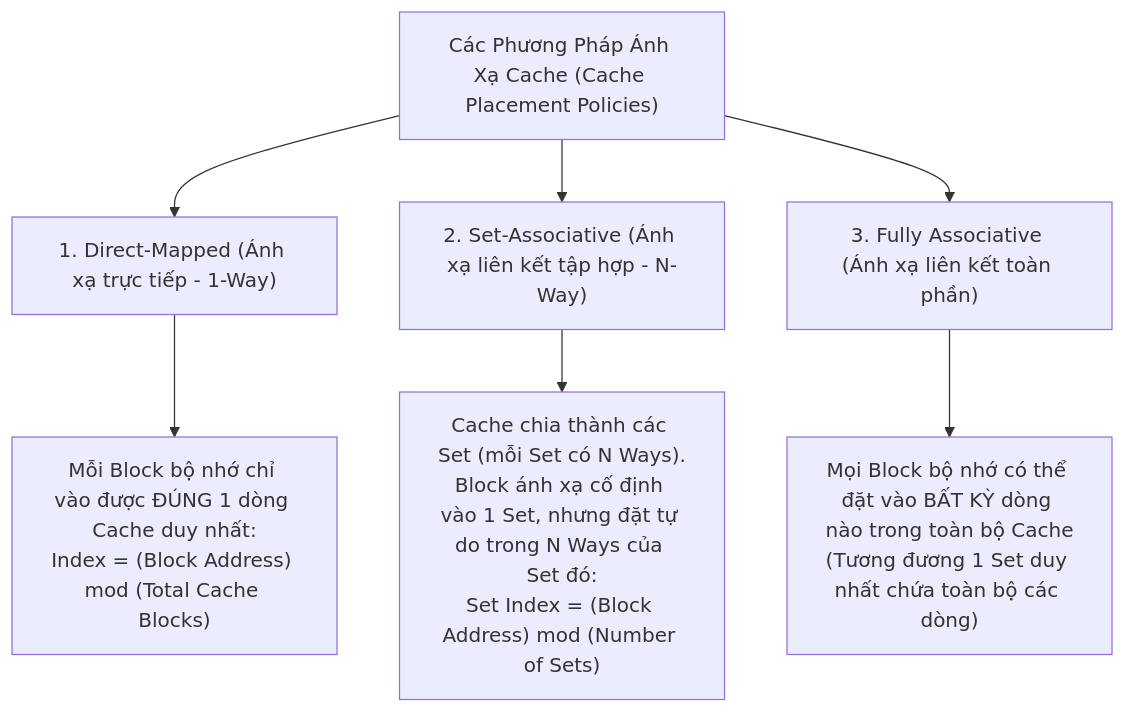
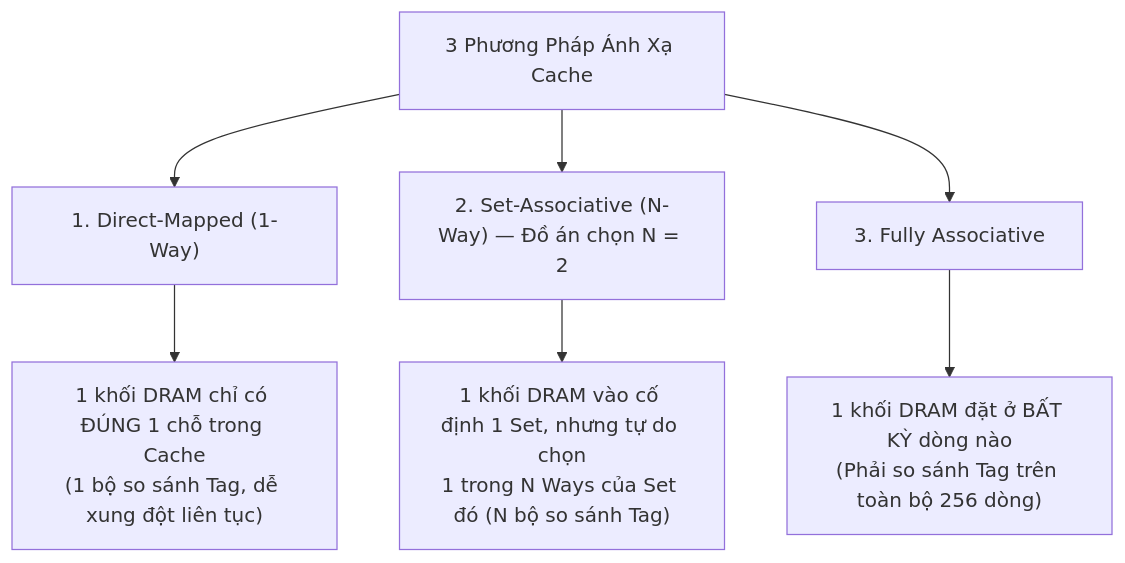
One commit to lamquydo/project_KTMT changed the diagram in docs/01_Co_So_Ly_Thuyet_Bo_Nho_Dem_Cache.md. Above: the diagram before and after it, drawn with Mermaid. The commit also changed other lines of this file and 13 other files, not shown here.

````diff
--- a/docs/01_Co_So_Ly_Thuyet_Bo_Nho_Dem_Cache.md
+++ b/docs/01_Co_So_Ly_Thuyet_Bo_Nho_Dem_Cache.md
@@ -45,9 +59,9 @@
 ```mermaid
 flowchart TD
-    A["Các Phương Pháp Ánh Xạ Cache (Cache Placement Policies)"] --> B["1. Direct-Mapped (Ánh xạ trực tiếp - 1-Way)"]
-    A --> C["2. Set-Associative (Ánh xạ liên kết tập hợp - N-Way)"]
-    A --> D["3. Fully Associative (Ánh xạ liên kết toàn phần)"]
-    B --> B1["Mỗi Block bộ nhớ chỉ vào được ĐÚNG 1 dòng Cache duy nhất:\nIndex = (Block Address) mod (Total Cache Blocks)"]
-    C --> C1["Cache chia thành các Set (mỗi Set có N Ways).\nBlock ánh xạ cố định vào 1 Set, nhưng đặt tự do trong N Ways của Set đó:\nSet Index = (Block Address) mod (Number of Sets)"]
-    D --> D1["Mọi Block bộ nhớ có thể đặt vào BẤT KỲ dòng nào trong toàn bộ Cache\n(Tương đương 1 Set duy nhất chứa toàn bộ các dòng)"]
+    A["3 Phương Pháp Ánh Xạ Cache"] --> B["1. Direct-Mapped (1-Way)"]
+    A --> C["2. Set-Associative (N-Way) — Đồ án chọn N = 2"]
+    A --> D["3. Fully Associative"]
+    B --> B1["1 khối DRAM chỉ có ĐÚNG 1 chỗ trong Cache\n(1 bộ so sánh Tag, dễ xung đột liên tục)"]
+    C --> C1["1 khối DRAM vào cố định 1 Set, nhưng tự do chọn\n1 trong N Ways của Set đó (N bộ so sánh Tag)"]
+    D --> D1["1 khối DRAM đặt ở BẤT KỲ dòng nào\n(Phải so sánh Tag trên toàn bộ 256 dòng)"]
 ```
````
